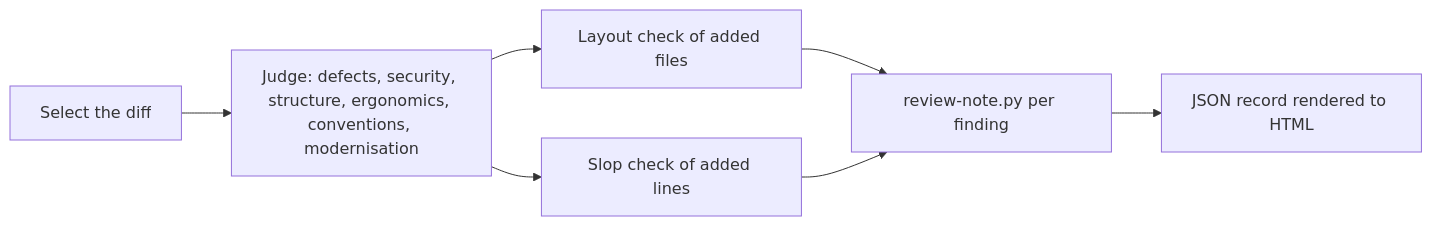
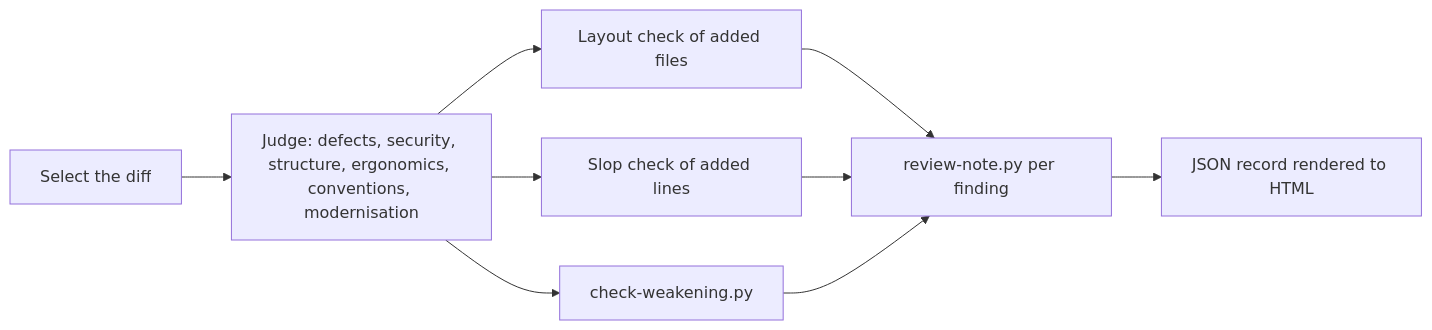
The diagram in skills/actions/an-dr-dev-review/README.md (an-dr/agents), drawn with Mermaid before and after one commit. The commit also changed other lines of this file and 15 other files, not shown here.

First line of the commit message:
feat(review): add weakening check, doubt pass, and other artifacts

````diff
--- a/skills/actions/an-dr-dev-review/README.md
+++ b/skills/actions/an-dr-dev-review/README.md
@@ -15,9 +15,11 @@
 ```mermaid
 flowchart LR
   D[Select the diff] --> J[Judge: defects, security, structure, ergonomics, conventions, modernisation]
   J --> L[Layout check of added files]
   J --> S[Slop check of added lines]
+  J --> W[check-weakening.py]
   L --> N[review-note.py per finding]
   S --> N
+  W --> N
   N --> H[JSON record rendered to HTML]
 ```
````
